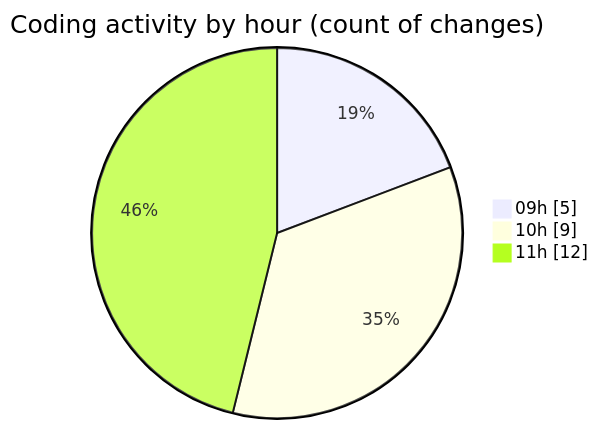
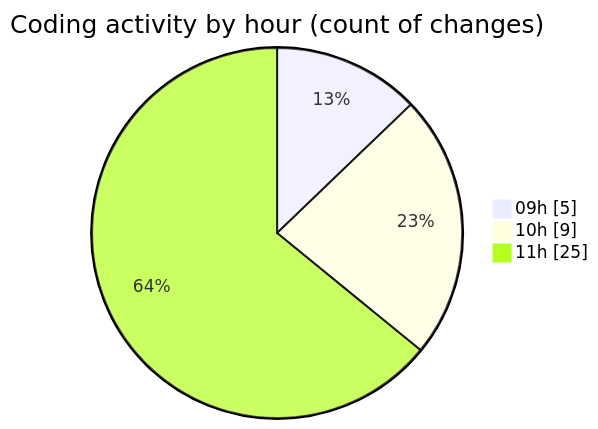
The second of 2 diagrams in 2025-02-03/cda/README.md (momahboobian/code-tracking), drawn with Mermaid before and after one commit. The commit also changed other lines of this file and 1 other file, not shown here.

````diff
--- a/2025-02-03/cda/README.md
+++ b/2025-02-03/cda/README.md
@@ -30,7 +30,7 @@
 ```mermaid
 pie showData
 title Coding activity by hour (count of changes)
 "09h" : 5
 "10h" : 9
-"11h" : 12
+"11h" : 25
 ```
````
